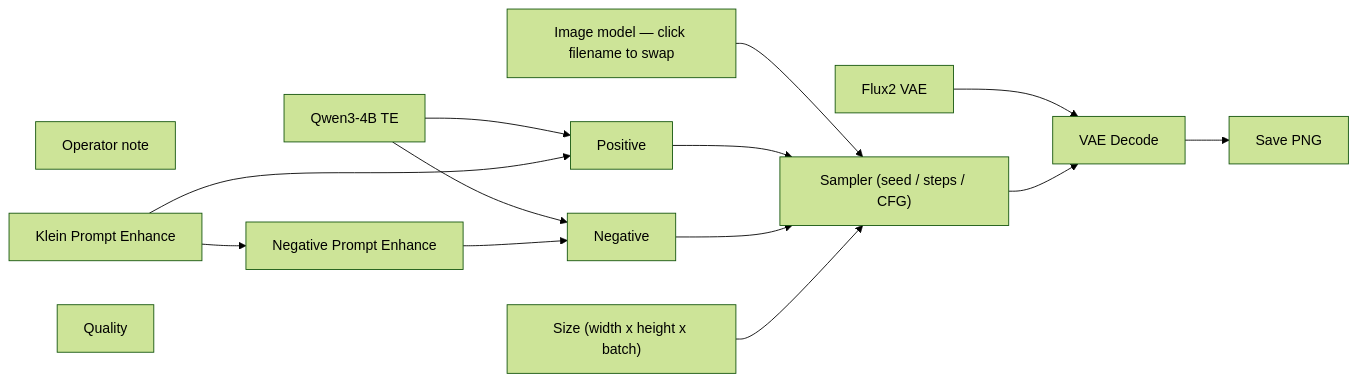
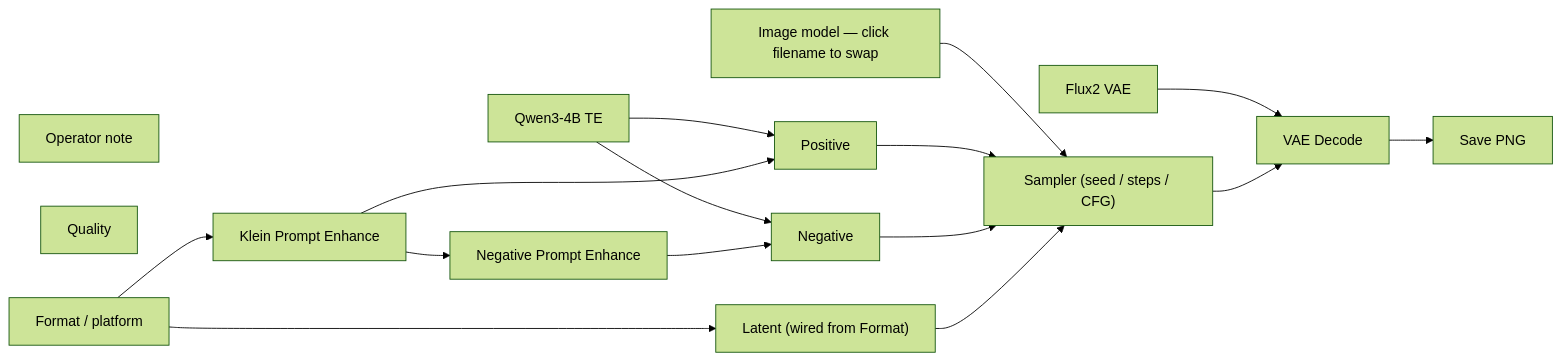
One commit to toxicoder/ez-comfy-stack changed the diagram in docs/generated/workflows/klein/still-daily.md. Above: the diagram before and after it, drawn with Mermaid (forest theme). The commit also changed other lines of this file and 312 other files, not shown here.

First line of the commit message:
feat: Format / platform on Klein, Wan, and LTX Apps

````diff
--- a/docs/generated/workflows/klein/still-daily.md
+++ b/docs/generated/workflows/klein/still-daily.md
@@ -57,28 +59,31 @@
 ```mermaid
 flowchart LR
   N1["Image model — click filename to swap"]
   N2["Qwen3-4B TE"]
   N3["Flux2 VAE"]
   N4["Positive"]
   N5["Negative"]
-  N6["Size (width x height x batch)"]
+  N6["Latent (wired from Format)"]
   N7["Sampler (seed / steps / CFG)"]
   N8["VAE Decode"]
   N9["Save PNG"]
   N10["Operator note"]
   N11["Klein Prompt Enhance"]
   N12["Negative Prompt Enhance"]
   N13["Quality"]
+  N14["Format / platform"]
   N1 --> N7
   N2 --> N4
   N2 --> N5
   N3 --> N8
   N4 --> N7
   N5 --> N7
   N6 --> N7
   N7 --> N8
   N8 --> N9
   N11 --> N4
   N11 --> N12
   N12 --> N5
+  N14 --> N6
+  N14 --> N11
 ```
````
